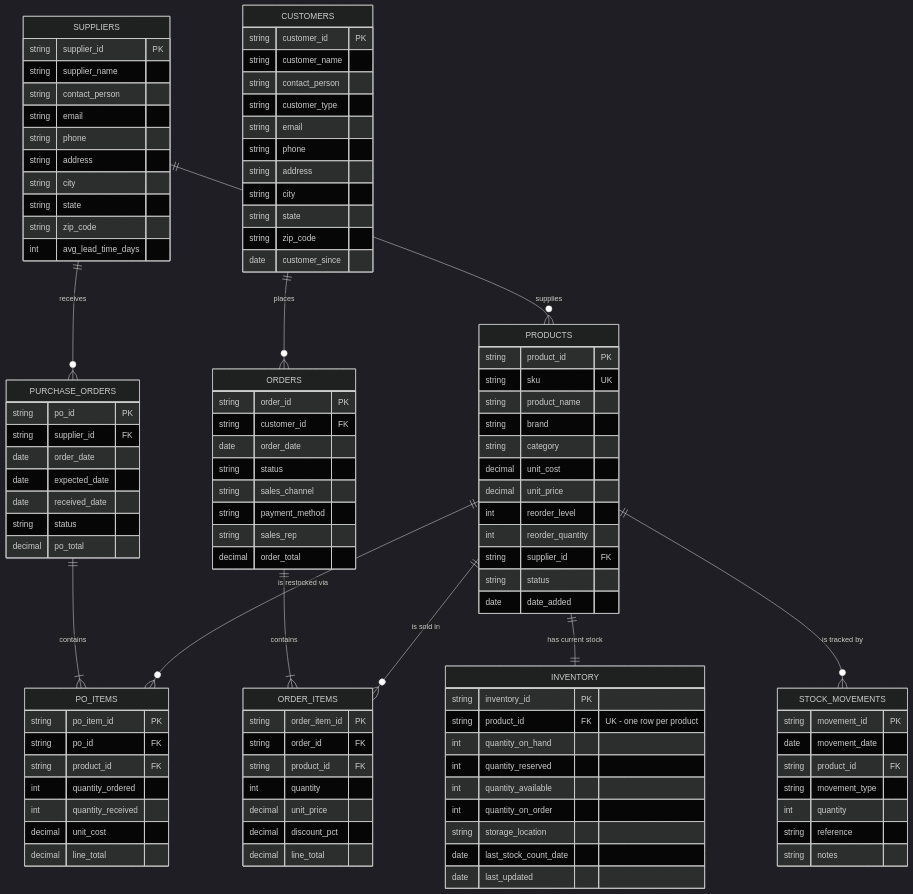
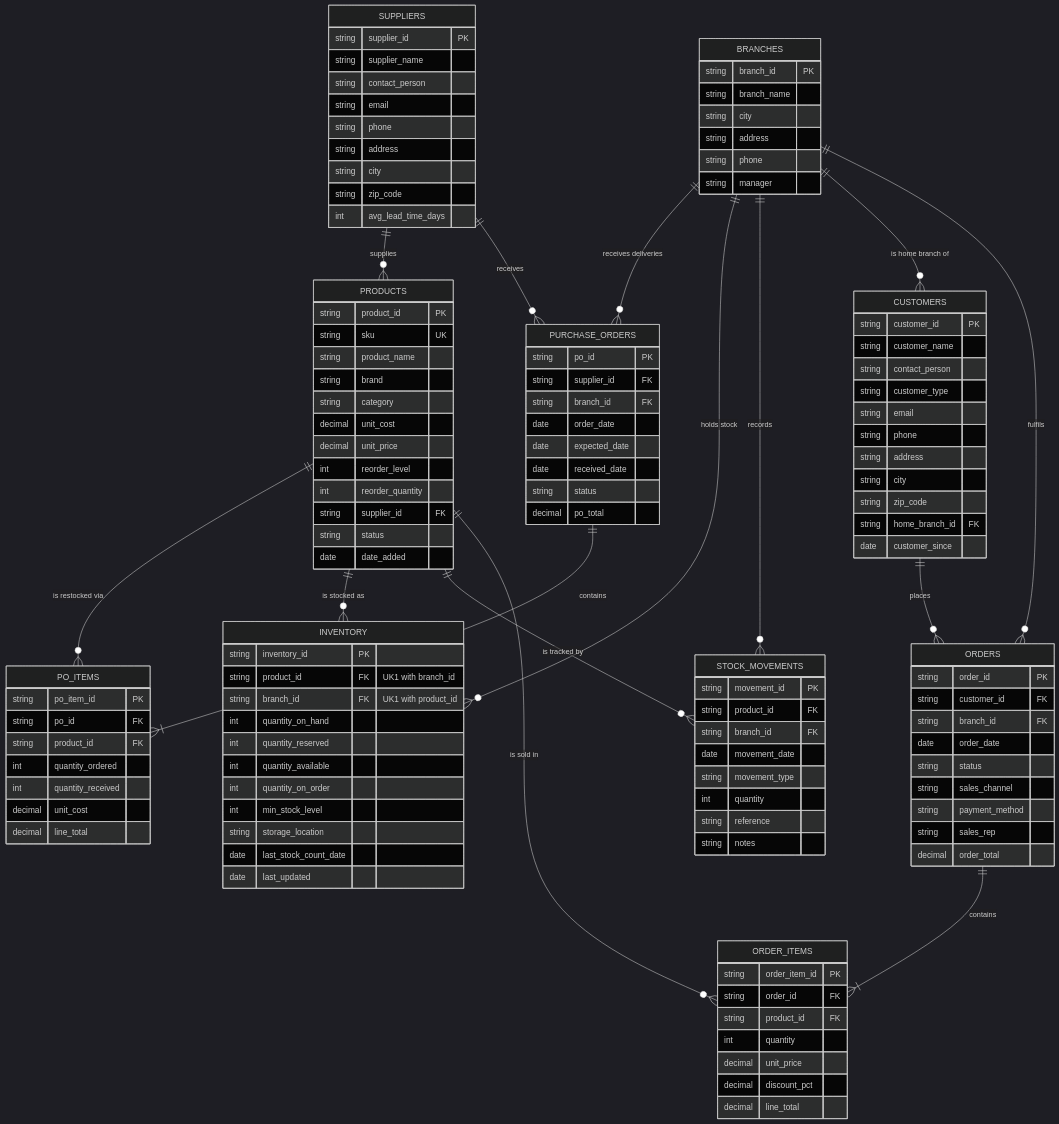
One commit to missshlomiYefet/inventory-dashboard changed the diagram in ER.md. Above: the diagram before and after it, drawn with Mermaid (dark theme). The commit also changed other lines of this file and 16 other files, not shown here.

Commit message:
Add inventory dashboard, branches data and updated docs

```diff
--- a/ER.md
+++ b/ER.md
@@ -8,14 +8,27 @@
 erDiagram
     SUPPLIERS ||--o{ PRODUCTS : "supplies"
     SUPPLIERS ||--o{ PURCHASE_ORDERS : "receives"
+    BRANCHES ||--o{ PURCHASE_ORDERS : "receives deliveries"
     PURCHASE_ORDERS ||--|{ PO_ITEMS : "contains"
     PRODUCTS ||--o{ PO_ITEMS : "is restocked via"
+    PRODUCTS ||--o{ INVENTORY : "is stocked as"
+    BRANCHES ||--o{ INVENTORY : "holds stock"
+    PRODUCTS ||--o{ STOCK_MOVEMENTS : "is tracked by"
+    BRANCHES ||--o{ STOCK_MOVEMENTS : "records"
+    BRANCHES ||--o{ CUSTOMERS : "is home branch of"
+    BRANCHES ||--o{ ORDERS : "fulfils"
     CUSTOMERS ||--o{ ORDERS : "places"
     ORDERS ||--|{ ORDER_ITEMS : "contains"
     PRODUCTS ||--o{ ORDER_ITEMS : "is sold in"
-    PRODUCTS ||--|| INVENTORY : "has current stock"
-    PRODUCTS ||--o{ STOCK_MOVEMENTS : "is tracked by"
 
+    BRANCHES {
+        string branch_id PK
+        string branch_name
+        string city
+        string address
+        string phone
+        string manager
+    }
     SUPPLIERS {
         string supplier_id PK
         string supplier_name
@@ -24,7 +37,6 @@
         string phone
         string address
         string city
-        string state
         string zip_code
         int avg_lead_time_days
     }
@@ -51,13 +63,14 @@
         string phone
         string address
         string city
-        string state
         string zip_code
+        string home_branch_id FK
         date customer_since
     }
     ORDERS {
         string order_id PK
         string customer_id FK
+        string branch_id FK
         date order_date
         string status
         string sales_channel
@@ -77,6 +90,7 @@
     PURCHASE_ORDERS {
         string po_id PK
         string supplier_id FK
+        string branch_id FK
         date order_date
         date expected_date
         date received_date
@@ -94,19 +108,22 @@
     }
     INVENTORY {
         string inventory_id PK
-        string product_id FK "UK - one row per product"
+        string product_id FK "UK1 with branch_id"
+        string branch_id FK "UK1 with product_id"
         int quantity_on_hand
         int quantity_reserved
         int quantity_available
         int quantity_on_order
+        int min_stock_level
         string storage_location
         date last_stock_count_date
         date last_updated
     }
     STOCK_MOVEMENTS {
         string movement_id PK
+        string product_id FK
+        string branch_id FK
         date movement_date
-        string product_id FK
         string movement_type
         int quantity
         string reference
```
